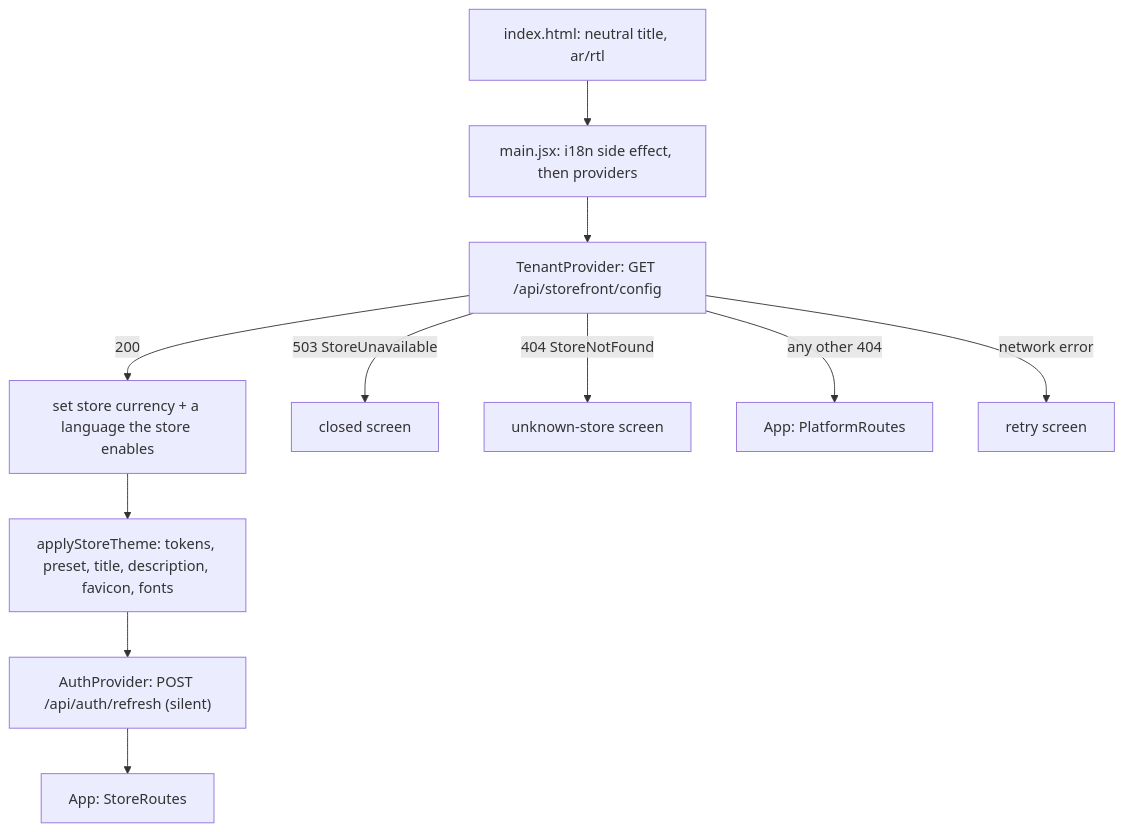
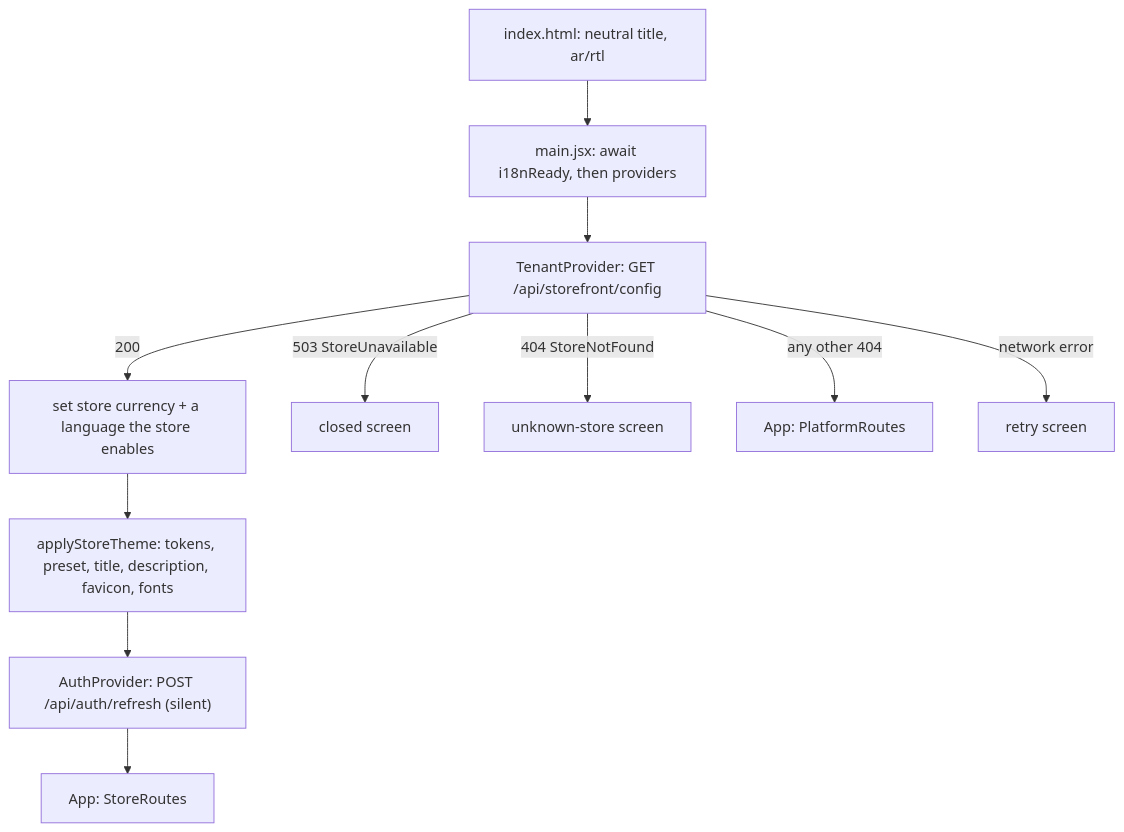
Before and after one commit to Aws03/Souq: the diagram in docs/08-FRONTEND/FrontendGuide.md, drawn with Mermaid. The commit also changed other lines of this file and 54 other files, not shown here.

````diff
--- a/docs/08-FRONTEND/FrontendGuide.md
+++ b/docs/08-FRONTEND/FrontendGuide.md
@@ -40,13 +40,13 @@
 ```mermaid
 flowchart TD
-    A["index.html: neutral title, ar/rtl"] --> B["main.jsx: i18n side effect, then providers"]
+    A["index.html: neutral title, ar/rtl"] --> B["main.jsx: await i18nReady, then providers"]
     B --> C["TenantProvider: GET /api/storefront/config"]
     C -->|200| D["set store currency + a language the store enables"]
     D --> E["applyStoreTheme: tokens, preset, title, description, favicon, fonts"]
     E --> F["AuthProvider: POST /api/auth/refresh (silent)"]
     F --> G["App: StoreRoutes"]
     C -->|"503 StoreUnavailable"| H["closed screen"]
     C -->|"404 StoreNotFound"| I["unknown-store screen"]
     C -->|"any other 404"| J["App: PlatformRoutes"]
     C -->|network error| K["retry screen"]
 ```
````
